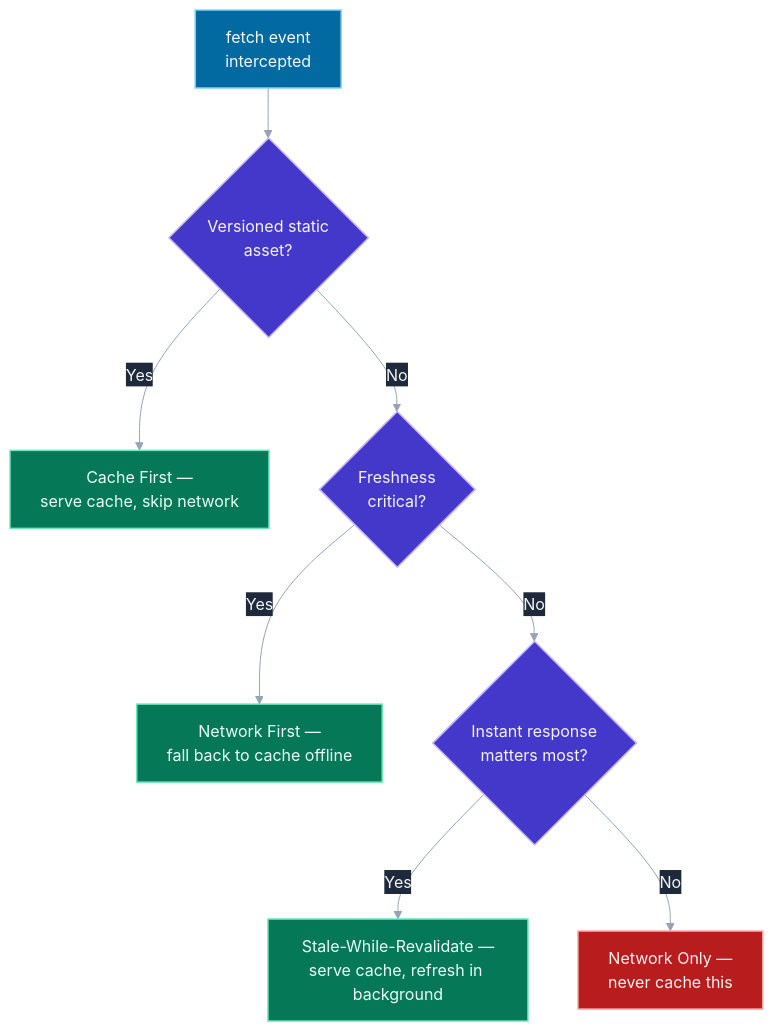
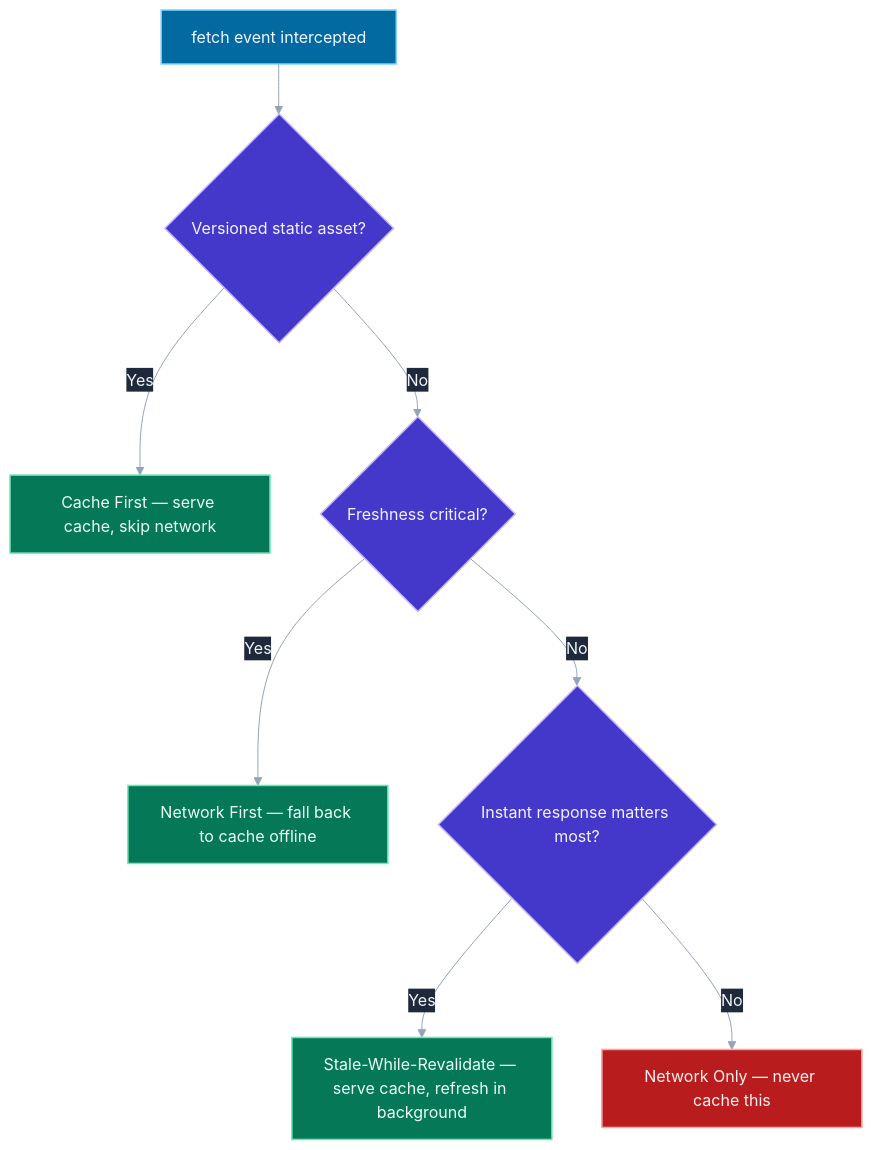
The second of 2 diagrams in data/topics/service-workers-pwa.md (vinayakhumberi/litmus), drawn with Mermaid before and after one commit. The commit also changed other lines of this file and 68 other files, not shown here.

````diff
--- a/data/topics/service-workers-pwa.md
+++ b/data/topics/service-workers-pwa.md
@@ -176,21 +176,21 @@
 ```mermaid
 %%{init: {"theme": "base", "themeVariables": {"primaryColor":"#334155","primaryTextColor":"#f1f5f9","primaryBorderColor":"#64748b","lineColor":"#94a3b8","edgeLabelBackground":"#1e293b","textColor":"#f1f5f9","fontSize":"16px"}}}%%
 flowchart TD
-    A["fetch event<br>intercepted"] --> B{"Versioned static<br>asset?"}
-    B -- "Yes" --> C["Cache First —<br>serve cache, skip network"]
-    B -- "No" --> D{"Freshness<br>critical?"}
-    D -- "Yes" --> E["Network First —<br>fall back to cache offline"]
-    D -- "No" --> F{"Instant response<br>matters most?"}
-    F -- "Yes" --> G["Stale-While-Revalidate —<br>serve cache, refresh in background"]
-    F -- "No" --> H["Network Only —<br>never cache this"]
+    A["fetch event intercepted"] --> B{"Versioned static asset?"}
+    B -- "Yes" --> C["Cache First — serve cache, skip network"]
+    B -- "No" --> D{"Freshness critical?"}
+    D -- "Yes" --> E["Network First — fall back to cache offline"]
+    D -- "No" --> F{"Instant response matters most?"}
+    F -- "Yes" --> G["Stale-While-Revalidate — serve cache, refresh in background"]
+    F -- "No" --> H["Network Only — never cache this"]
 
     classDef start fill:#0369a1,stroke:#7dd3fc,color:#f0f9ff,stroke-width:1.5px
     classDef decision fill:#4338ca,stroke:#c4b5fd,color:#f5f3ff,stroke-width:1.5px
     classDef result fill:#047857,stroke:#6ee7b7,color:#ecfdf5,stroke-width:1.5px
     classDef warn fill:#b91c1c,stroke:#fca5a5,color:#fef2f2,stroke-width:1.5px
 
     class A start
     class B,D,F decision
     class C,E,G result
     class H warn
 ```
````
